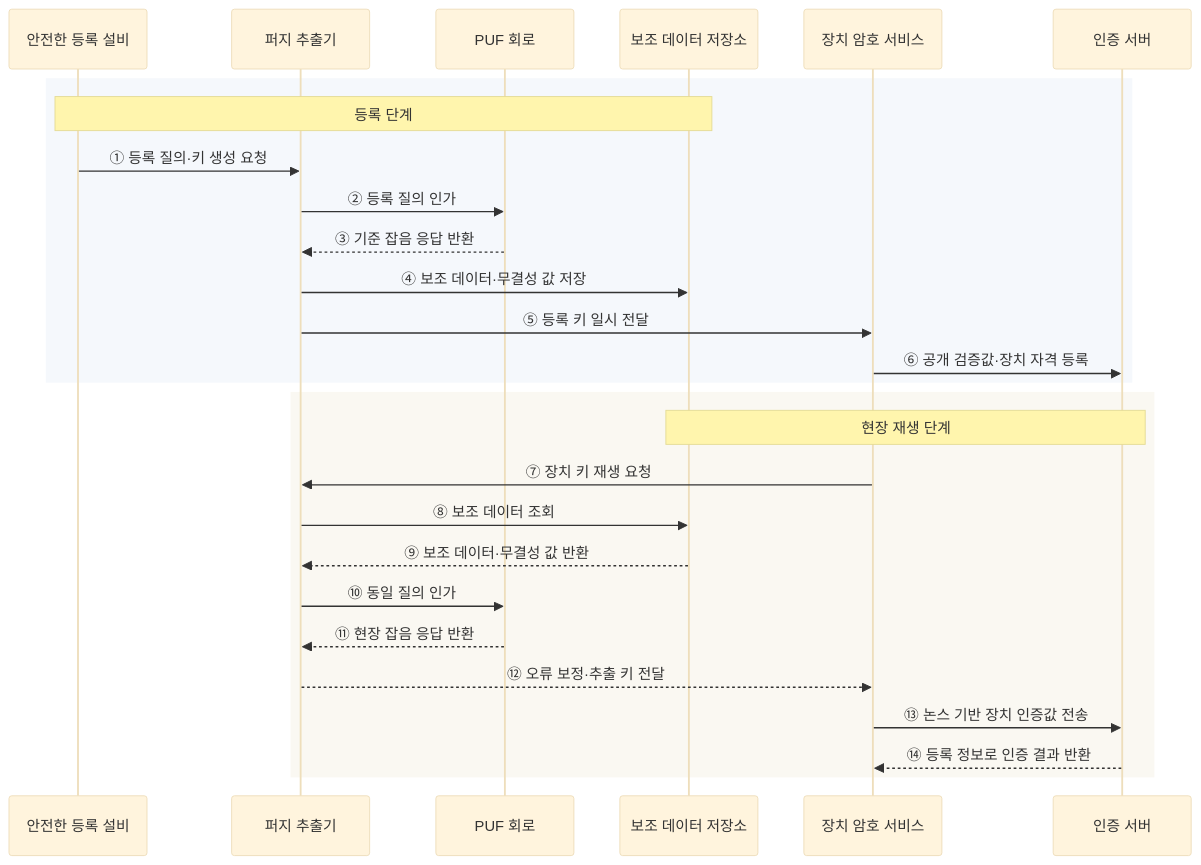
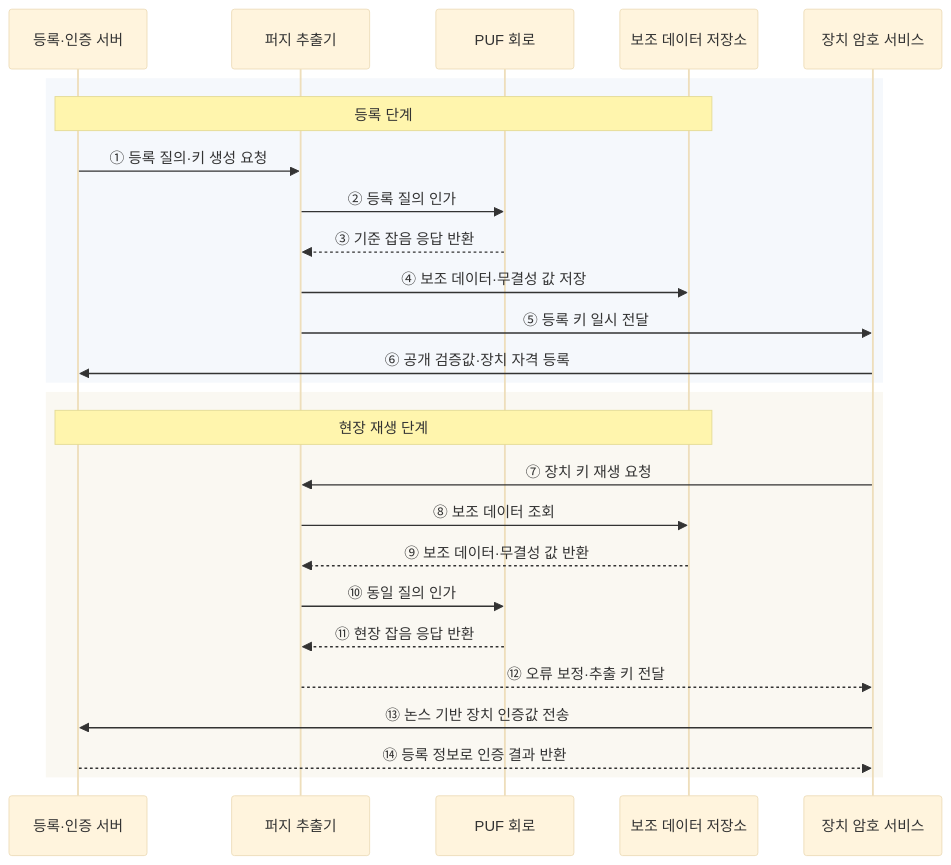
Before and after one commit to agnusdei1207/knowledge-base: the second of 2 diagrams in src/content/docs/notes/02-hardware/070_physical_unclonable_function.md, drawn with Mermaid (base theme). The commit also changed other lines of this file and 20 other files, not shown here.

````diff
--- a/src/content/docs/notes/02-hardware/070_physical_unclonable_function.md
+++ b/src/content/docs/notes/02-hardware/070_physical_unclonable_function.md
@@ -109,30 +87,29 @@
 ```mermaid
 sequenceDiagram
-    participant E as 안전한 등록 설비
+    participant E as 등록·인증 서버
     participant F as 퍼지 추출기
     participant P as PUF 회로
     participant H as 보조 데이터 저장소
     participant C as 장치 암호 서비스
-    participant V as 인증 서버
 
     rect rgb(245, 248, 252)
         Note over E,H: 등록 단계
         E->>F: ① 등록 질의·키 생성 요청
         F->>P: ② 등록 질의 인가
         P-->>F: ③ 기준 잡음 응답 반환
         F->>H: ④ 보조 데이터·무결성 값 저장
         F->>C: ⑤ 등록 키 일시 전달
-        C->>V: ⑥ 공개 검증값·장치 자격 등록
+        C->>E: ⑥ 공개 검증값·장치 자격 등록
     end
     rect rgb(250, 248, 242)
-        Note over H,V: 현장 재생 단계
+        Note over E,H: 현장 재생 단계
         C->>F: ⑦ 장치 키 재생 요청
         F->>H: ⑧ 보조 데이터 조회
         H-->>F: ⑨ 보조 데이터·무결성 값 반환
         F->>P: ⑩ 동일 질의 인가
         P-->>F: ⑪ 현장 잡음 응답 반환
         F-->>C: ⑫ 오류 보정·추출 키 전달
-        C->>V: ⑬ 논스 기반 장치 인증값 전송
-        V-->>C: ⑭ 등록 정보로 인증 결과 반환
+        C->>E: ⑬ 논스 기반 장치 인증값 전송
+        E-->>C: ⑭ 등록 정보로 인증 결과 반환
     end
 ```
````
